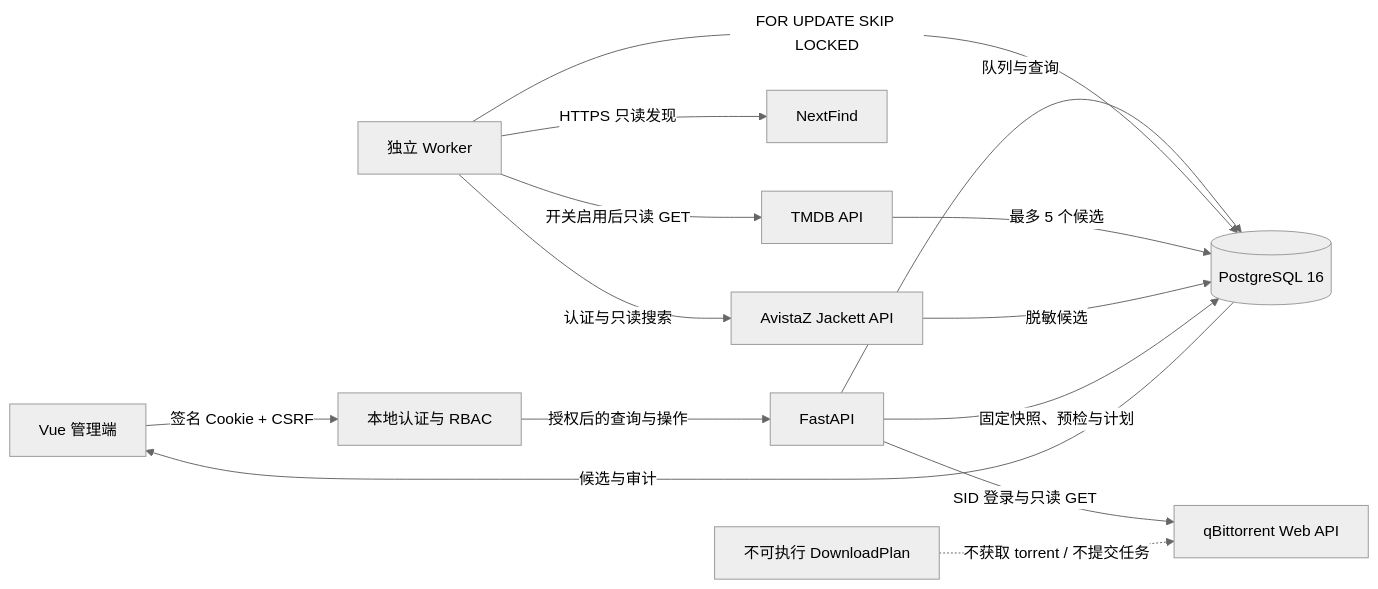
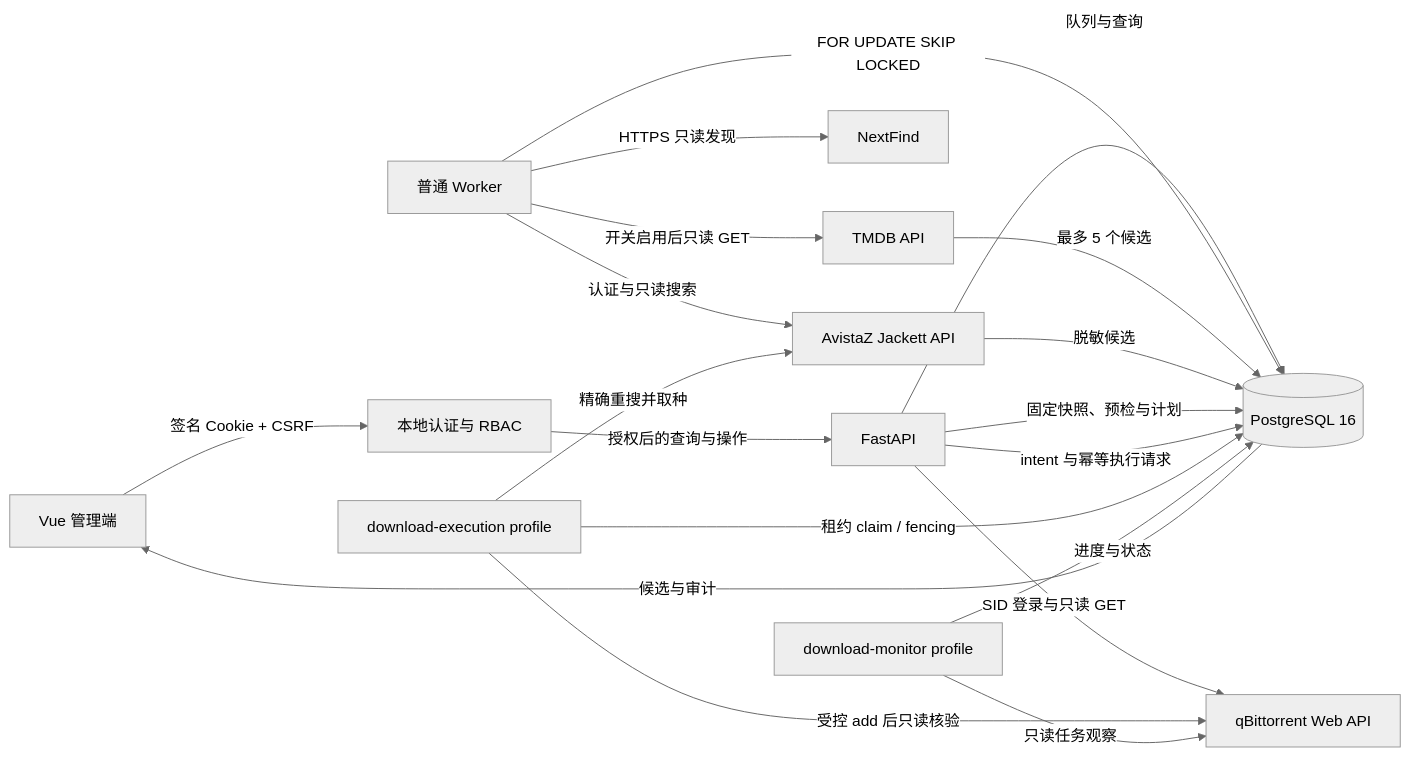
The first of 2 diagrams in docs/architecture.md (Guanerdie/LibSeek), drawn with Mermaid (neutral theme) before and after one commit. The commit also changed other lines of this file and 76 other files, not shown here.

````diff
--- a/docs/architecture.md
+++ b/docs/architecture.md
@@ -5,16 +5,21 @@
 ```mermaid
 flowchart LR
   UI[Vue 管理端] -->|签名 Cookie + CSRF| Auth[本地认证与 RBAC]
   Auth -->|授权后的查询与操作| API[FastAPI]
   API -->|队列与查询| DB[(PostgreSQL 16)]
-  Worker[独立 Worker] -->|FOR UPDATE SKIP LOCKED| DB
+  Worker[普通 Worker] -->|FOR UPDATE SKIP LOCKED| DB
   Worker -->|HTTPS 只读发现| NF[NextFind]
   Worker -->|开关启用后只读 GET| TMDB[TMDB API]
   Worker -->|认证与只读搜索| AZ[AvistaZ Jackett API]
   TMDB -->|最多 5 个候选| DB
   AZ -->|脱敏候选| DB
   DB -->|候选与审计| UI
   API -->|SID 登录与只读 GET| QB[qBittorrent Web API]
   API -->|固定快照、预检与计划| DB
-  Plan[不可执行 DownloadPlan] -.不获取 torrent / 不提交任务.-> QB
+  API -->|intent 与幂等执行请求| DB
+  Executor[download-execution profile] -->|租约 claim / fencing| DB
+  Executor -->|精确重搜并取种| AZ
+  Executor -->|受控 add 后只读核验| QB
+  Monitor[download-monitor profile] -->|只读任务观察| QB
+  Monitor -->|进度与状态| DB
 ```
````
